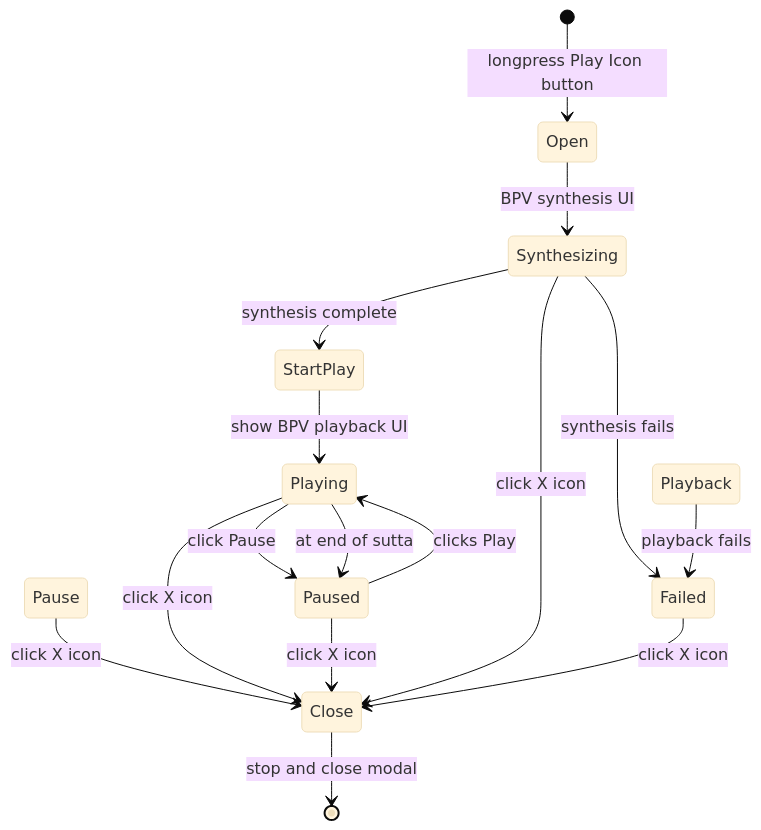
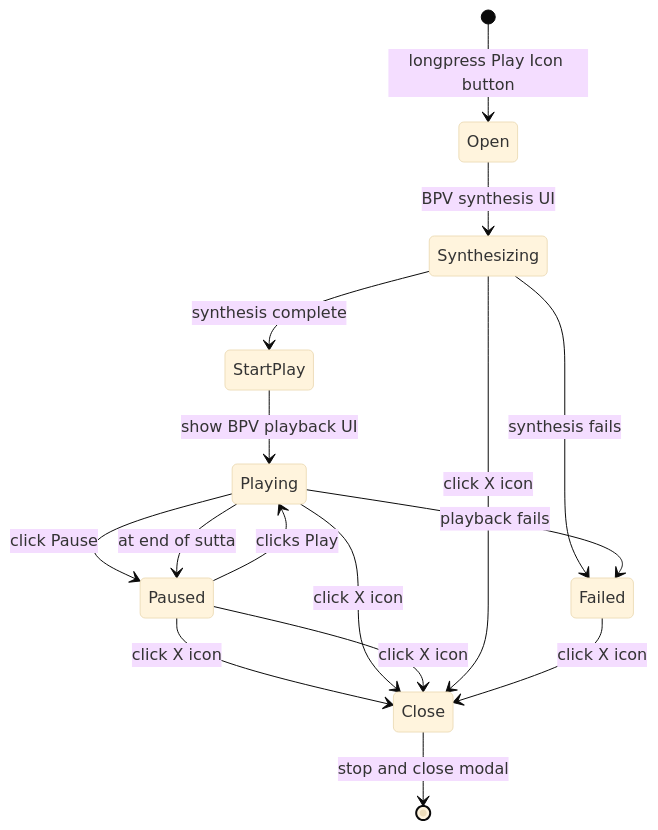
The diagram in doc/BackgroundPlayerView.md (sc-voice/scv-app), drawn with Mermaid (base theme) before and after one commit.

Commit message:
BackgroundPlayerView

````diff
--- a/doc/BackgroundPlayerView.md
+++ b/doc/BackgroundPlayerView.md
@@ -26,22 +26,22 @@
 ```mermaid
 stateDiagram-v2
     [*] --> Open: longpress Play Icon button
 
     Open --> Synthesizing: BPV synthesis UI
     Synthesizing --> StartPlay: synthesis complete
     StartPlay --> Playing: show BPV playback UI 
     Playing --> Paused: click Pause
     Playing --> Paused: at end of sutta
     Paused --> Playing: clicks Play
 
-    Pause --> Close: click X icon
+    Paused --> Close: click X icon
     Playing --> Close: click X icon
     Paused --> Close: click X icon
     Synthesizing --> Close: click X icon
 
     Synthesizing --> Failed: synthesis fails
-    Playback --> Failed: playback fails
+    Playing --> Failed: playback fails
     Failed --> Close: click X icon
 
     Close --> [*]: stop and close modal 
 ```
````
